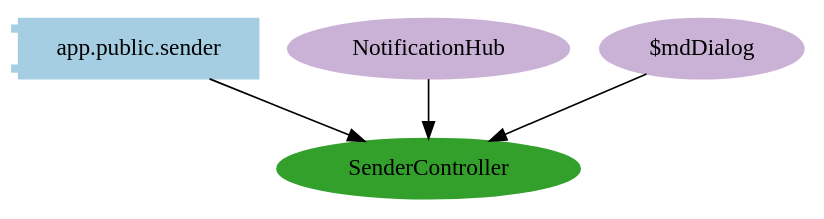
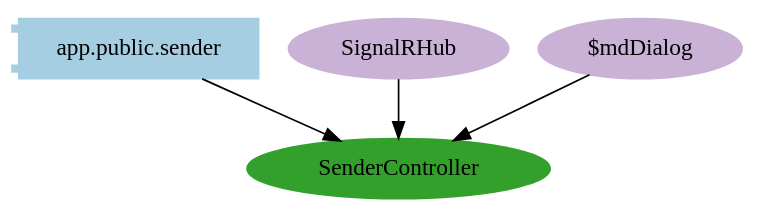
The diagram in client/architecture/dot/modules/app.public.sender.dot (andrea-spotsoftware/angular-signalR), drawn with Graphviz before and after one commit. The commit also changed 17 other files, not shown here.

Commit message:
changed notificationHub to generic signalrHub

```diff
--- a/client/architecture/dot/modules/app.public.sender.dot
+++ b/client/architecture/dot/modules/app.public.sender.dot
@@ -1,60 +1,60 @@
 digraph dependencies {
   node[shape="component",style="filled",colorscheme=paired12]
 
 
     node[shape="component"]
     "app.public.sender"[label="app.public.sender", color=1]
 
     
 
 
     node[shape="ellipse"]
     
 
 
     
       "SenderController"[label="SenderController", color=4]
       "app.public.sender" -> "SenderController"
     
 
     
 
     
 
     node[shape="cds"]
     
 
     
 
 
 
 
 
 
 
 
 
     node[shape="ellipse",style="filled", color=9]
     
 
     
 
 
     
       
-        "NotificationHub"[label="NotificationHub"]
-        "NotificationHub" -> "SenderController"
+        "SignalRHub"[label="SignalRHub"]
+        "SignalRHub" -> "SenderController"
       
         "$mdDialog"[label="$mdDialog"]
         "$mdDialog" -> "SenderController"
       
     
 
     
 
     
 
     
 
 
 }
```
